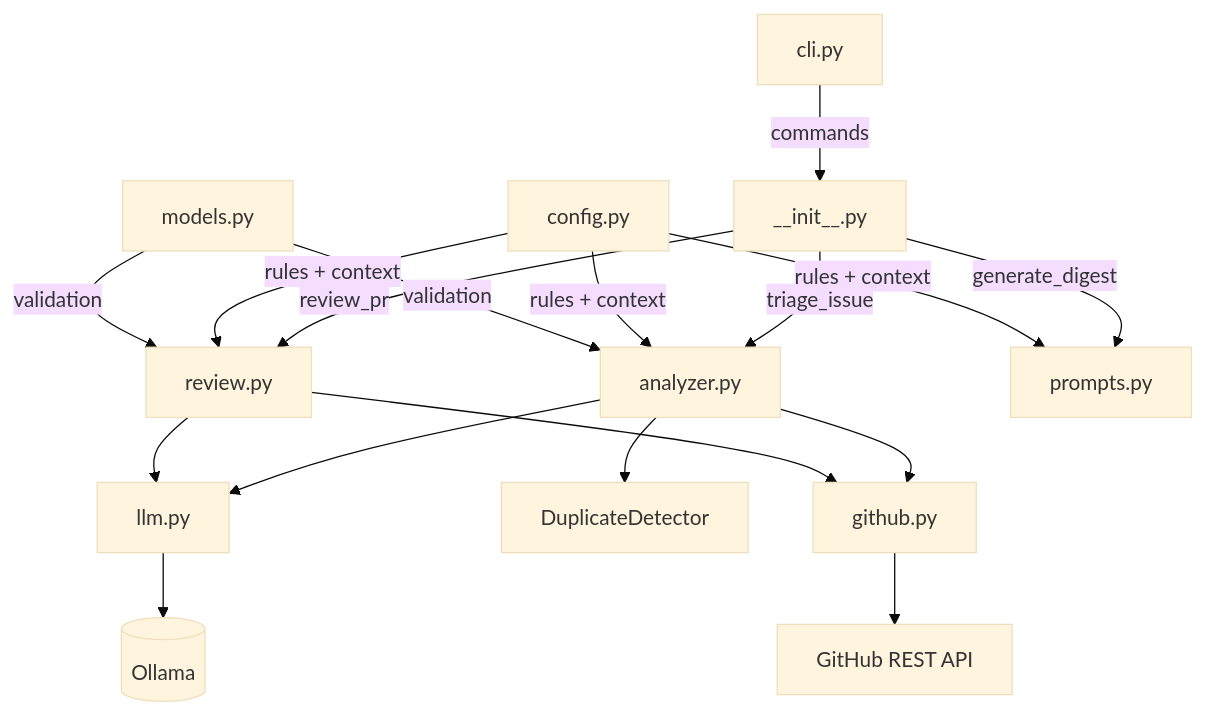
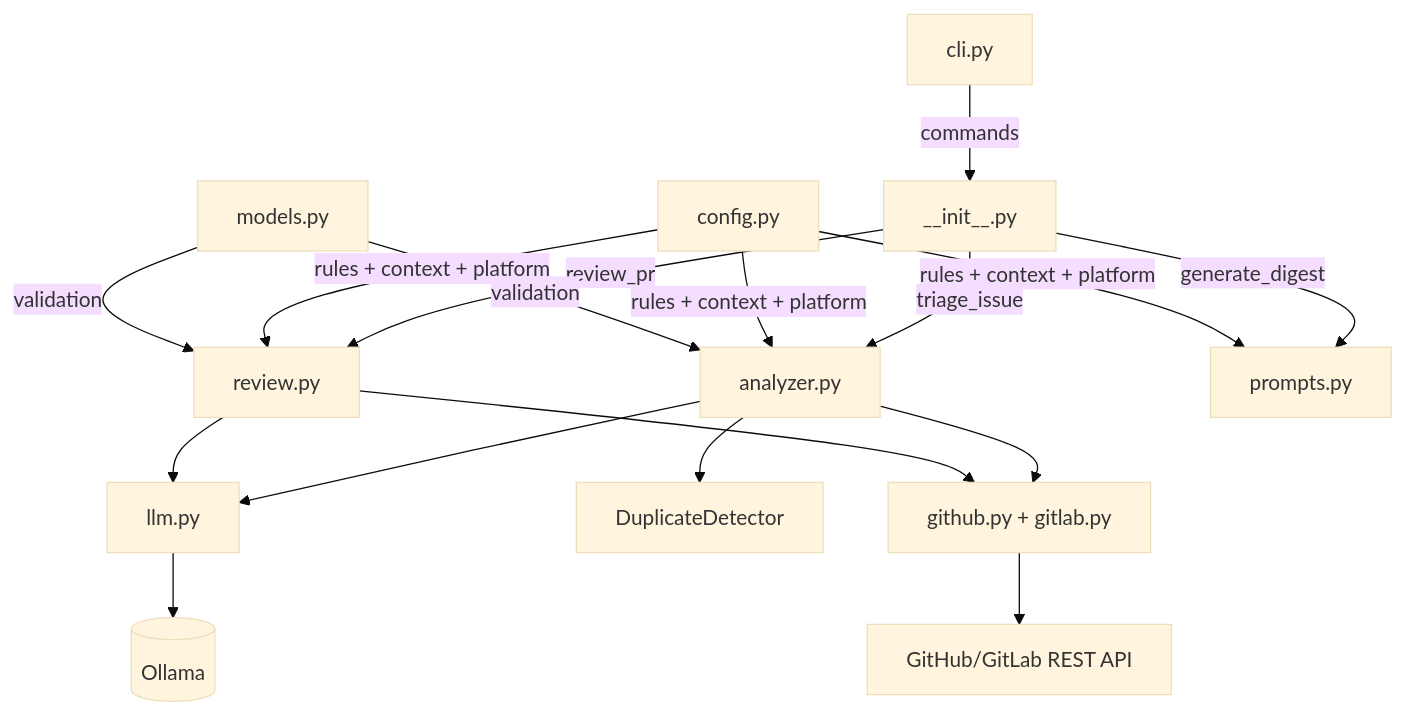
The diagram in README.md (ajendras/mantis), drawn with Mermaid (base theme) before and after one commit. The commit also changed other lines of this file and 7 other files, not shown here.

Commit message:
feat(gitlab): add GitLab support alongside GitHub

````diff
--- a/README.md
+++ b/README.md
@@ -172,19 +186,19 @@
 ```mermaid
 flowchart TD
     CLI[cli.py] -->|commands| API[__init__.py]
     API -->|triage_issue| Analyzer[analyzer.py]
     API -->|review_pr| Reviewer[review.py]
     API -->|generate_digest| Prompts[prompts.py]
     Analyzer --> LLM[llm.py]
     Reviewer --> LLM
     Analyzer --> Duplicate[DuplicateDetector]
-    Analyzer --> GitHub[github.py]
-    Reviewer --> GitHub
+    Analyzer --> Client[github.py + gitlab.py]
+    Reviewer --> Client
     LLM --> Ollama[(Ollama)]
-    GitHub --> GitHubAPI[GitHub REST API]
-    Config[config.py] -->|rules + context| Analyzer
-    Config -->|rules + context| Reviewer
-    Config -->|rules + context| Prompts
+    Client --> GitHubAPI[GitHub/GitLab REST API]
+    Config[config.py] -->|rules + context + platform| Analyzer
+    Config -->|rules + context + platform| Reviewer
+    Config -->|rules + context + platform| Prompts
     Models[models.py] -->|validation| Analyzer
     Models -->|validation| Reviewer
 ```
````
